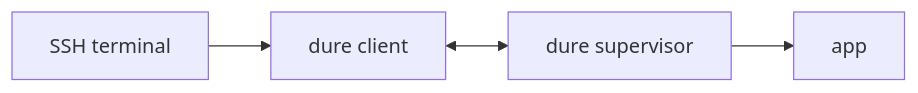
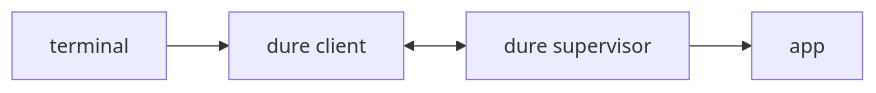
One commit to folo-rs/folo changed the diagram in packages/dure/docs/design.md. Above: the diagram before and after it, drawn with Mermaid. The commit also changed other lines of this file and 55 other files, not shown here.

````diff
--- a/packages/dure/docs/design.md
+++ b/packages/dure/docs/design.md
@@ -29,6 +30,6 @@
 ```mermaid
 flowchart LR
-  terminal[SSH terminal] --> client[dure client]
+  terminal[terminal] --> client[dure client]
   client <--> supervisor[dure supervisor]
   supervisor --> app[app]
 ```
````
